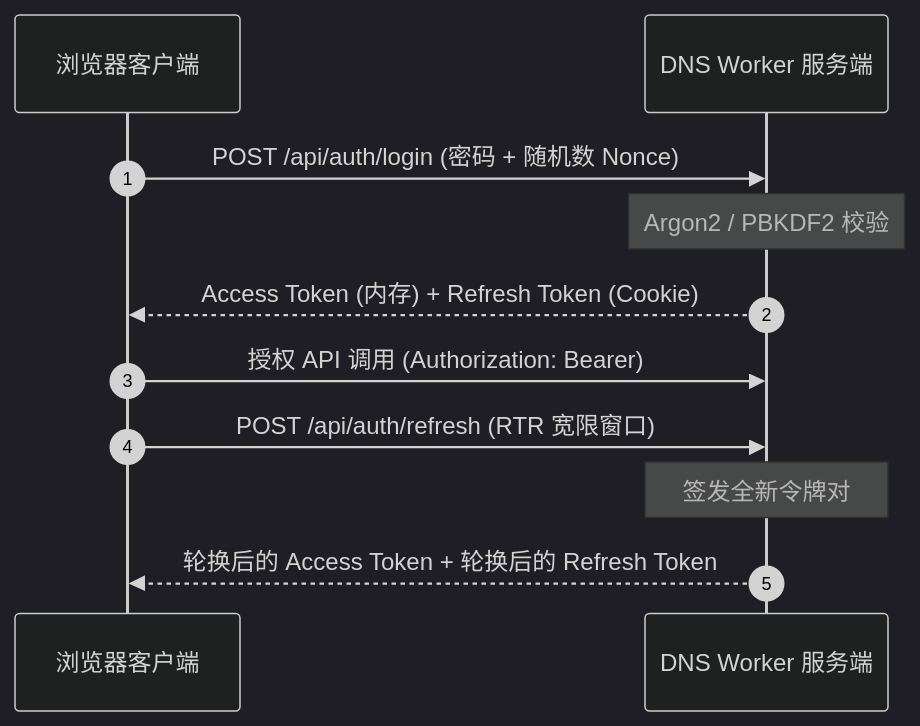
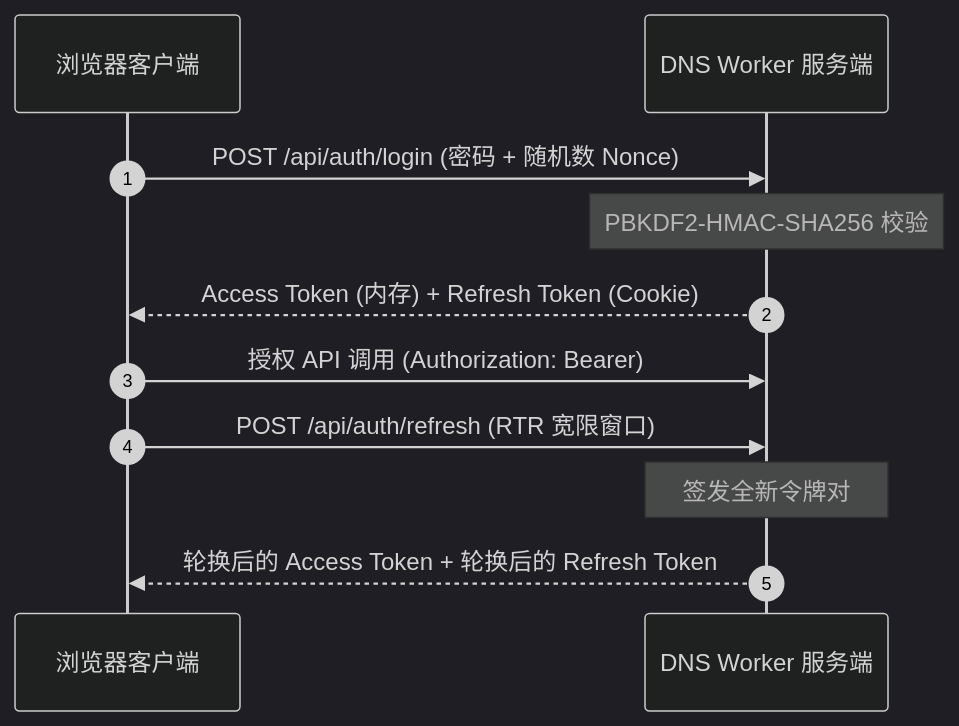
One commit to Oppidi/DNS-Worker changed the first of 2 diagrams in docs/src/content/docs/zh-cn/advanced/security-auth.mdx. Above: the diagram before and after it, drawn with Mermaid (dark theme). The commit also changed other lines of this file and 6 other files, not shown here.

````diff
--- a/docs/src/content/docs/zh-cn/advanced/security-auth.mdx
+++ b/docs/src/content/docs/zh-cn/advanced/security-auth.mdx
@@ -22,14 +23,14 @@
 ```mermaid
 sequenceDiagram
     autonumber
     participant Browser as 浏览器客户端
     participant Server as DNS Worker 服务端
 
     Browser->>Server: POST /api/auth/login (密码 + 随机数 Nonce)
-    Note over Server: Argon2 / PBKDF2 校验
+    Note over Server: PBKDF2-HMAC-SHA256 校验
     Server-->>Browser: Access Token (内存) + Refresh Token (Cookie)
     Browser->>Server: 授权 API 调用 (Authorization: Bearer)
     Browser->>Server: POST /api/auth/refresh (RTR 宽限窗口)
     Note over Server: 签发全新令牌对
     Server-->>Browser: 轮换后的 Access Token + 轮换后的 Refresh Token
 ```
````
